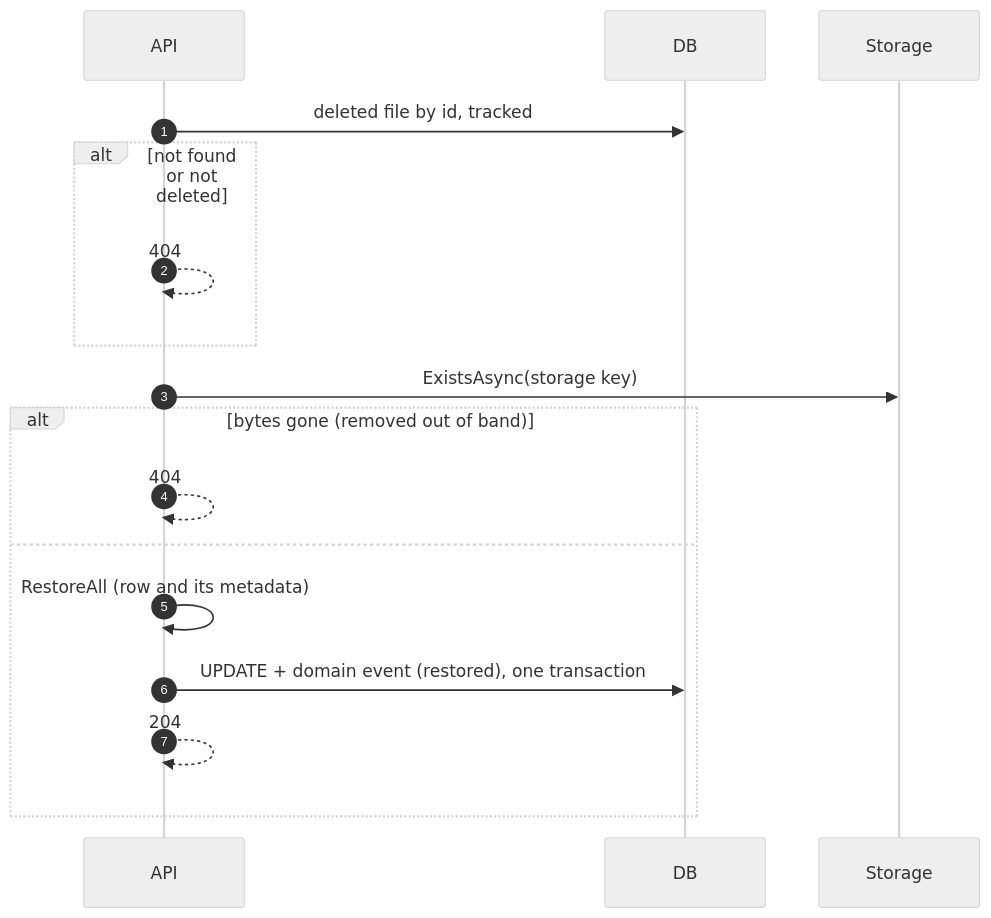
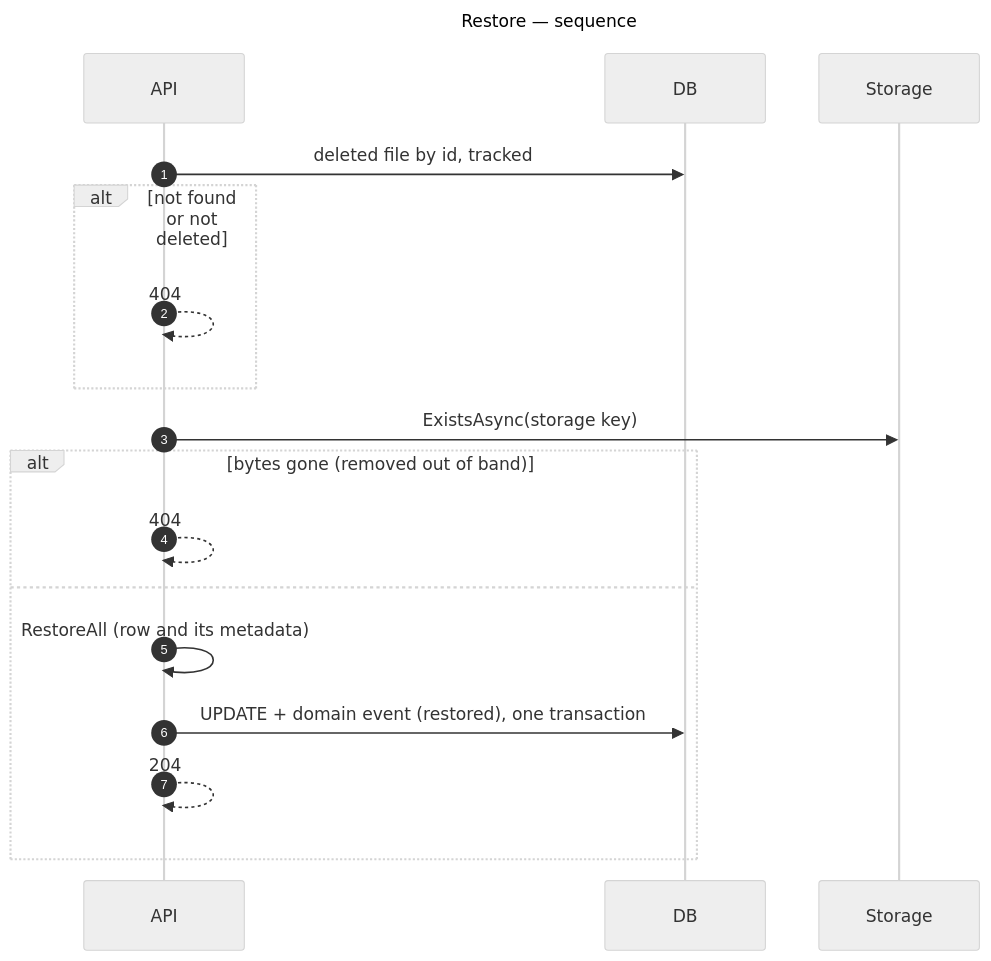
Before and after one commit to gmetskhvarishvili/GM.FileStorage.Samples: the ninth of 14 diagrams in docs/sequence-diagrams.md, drawn with Mermaid (neutral theme). The commit also changed other lines of this file and 7 other files, not shown here.

First line of the commit message:
docs: name every diagram "subject — kind" and index them

````diff
--- a/docs/sequence-diagrams.md
+++ b/docs/sequence-diagrams.md
@@ -270,20 +292,23 @@
 ```mermaid
+---
+title: Restore — sequence
+---
 sequenceDiagram
     autonumber
     participant API
     participant DB
     participant S as Storage
 
     API->>DB: deleted file by id, tracked
     alt not found or not deleted
         API-->>API: 404
     end
     API->>S: ExistsAsync(storage key)
     alt bytes gone (removed out of band)
         API-->>API: 404
     else
         API->>API: RestoreAll (row and its metadata)
         API->>DB: UPDATE + domain event (restored), one transaction
         API-->>API: 204
     end
 ```
````
